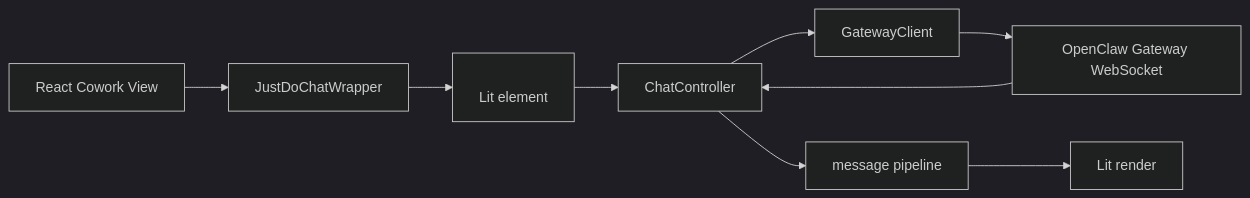
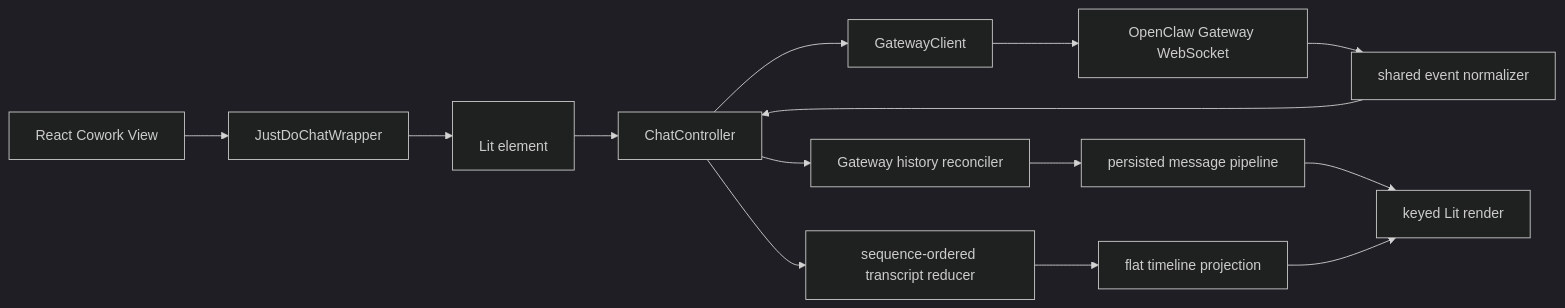
One commit to liangxhao/JustDo changed the first of 3 diagrams in docs/architecture/15-chat-rendering.md. Above: the diagram before and after it, drawn with Mermaid (dark theme). The commit also changed other lines of this file and 40 other files, not shown here.

Commit message:
feat(cowork): refactor chat message timeline

````diff
--- a/docs/architecture/15-chat-rendering.md
+++ b/docs/architecture/15-chat-rendering.md
@@ -20,11 +23,16 @@
 ```mermaid
 flowchart LR
   Cowork["React Cowork View"] --> Wrapper["JustDoChatWrapper"]
   Wrapper --> Element["<justdo-chat>\nLit element"]
   Element --> Controller["ChatController"]
   Controller --> Client["GatewayClient"]
   Client --> WS["OpenClaw Gateway WebSocket"]
-  WS --> Controller
-  Controller --> Pipeline["message pipeline"]
-  Pipeline --> Render["Lit render"]
+  WS --> Normalize["shared event normalizer"]
+  Normalize --> Controller
+  Controller --> Reducer["sequence-ordered transcript reducer"]
+  Reducer --> Projection["flat timeline projection"]
+  Controller --> History["Gateway history reconciler"]
+  History --> Pipeline["persisted message pipeline"]
+  Pipeline --> Render["keyed Lit render"]
+  Projection --> Render
 ```
````
